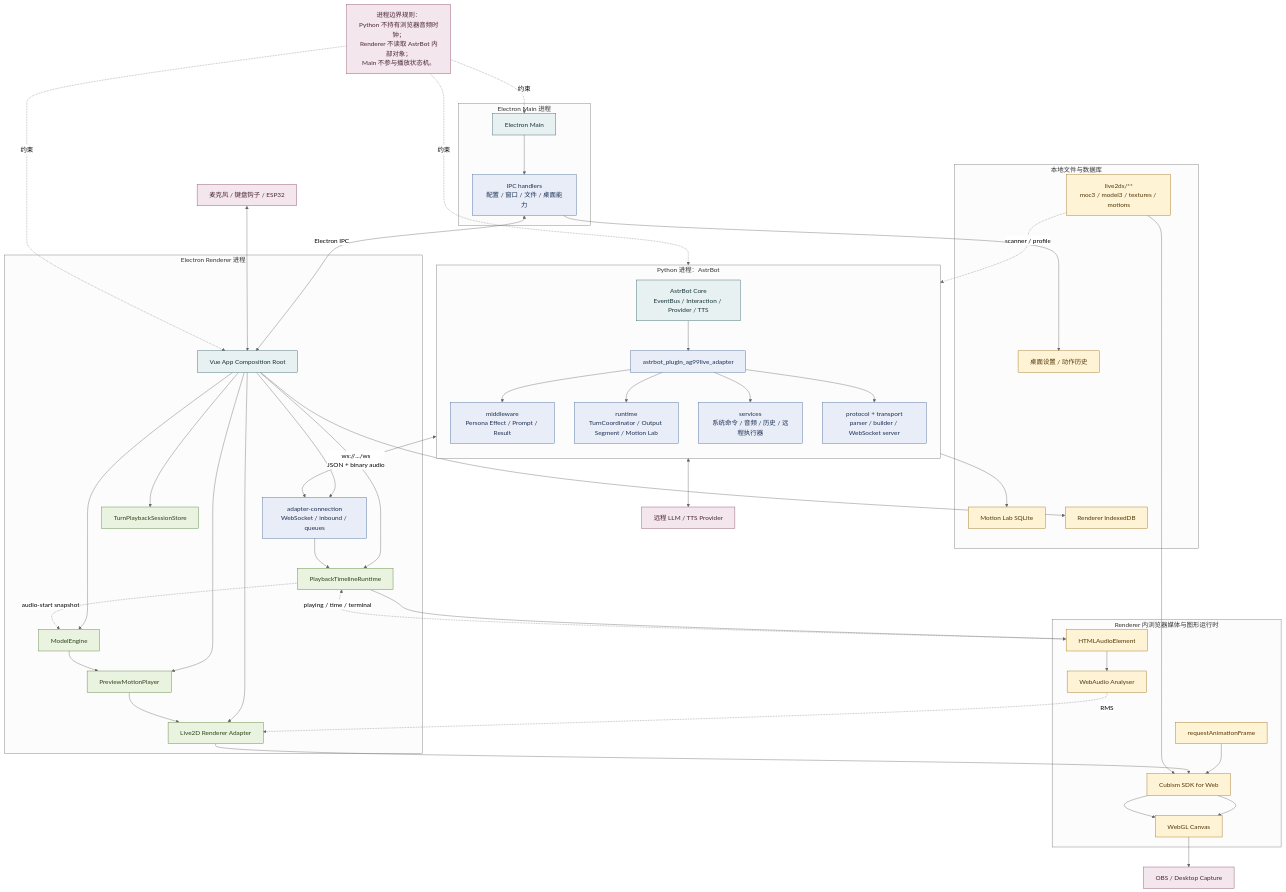
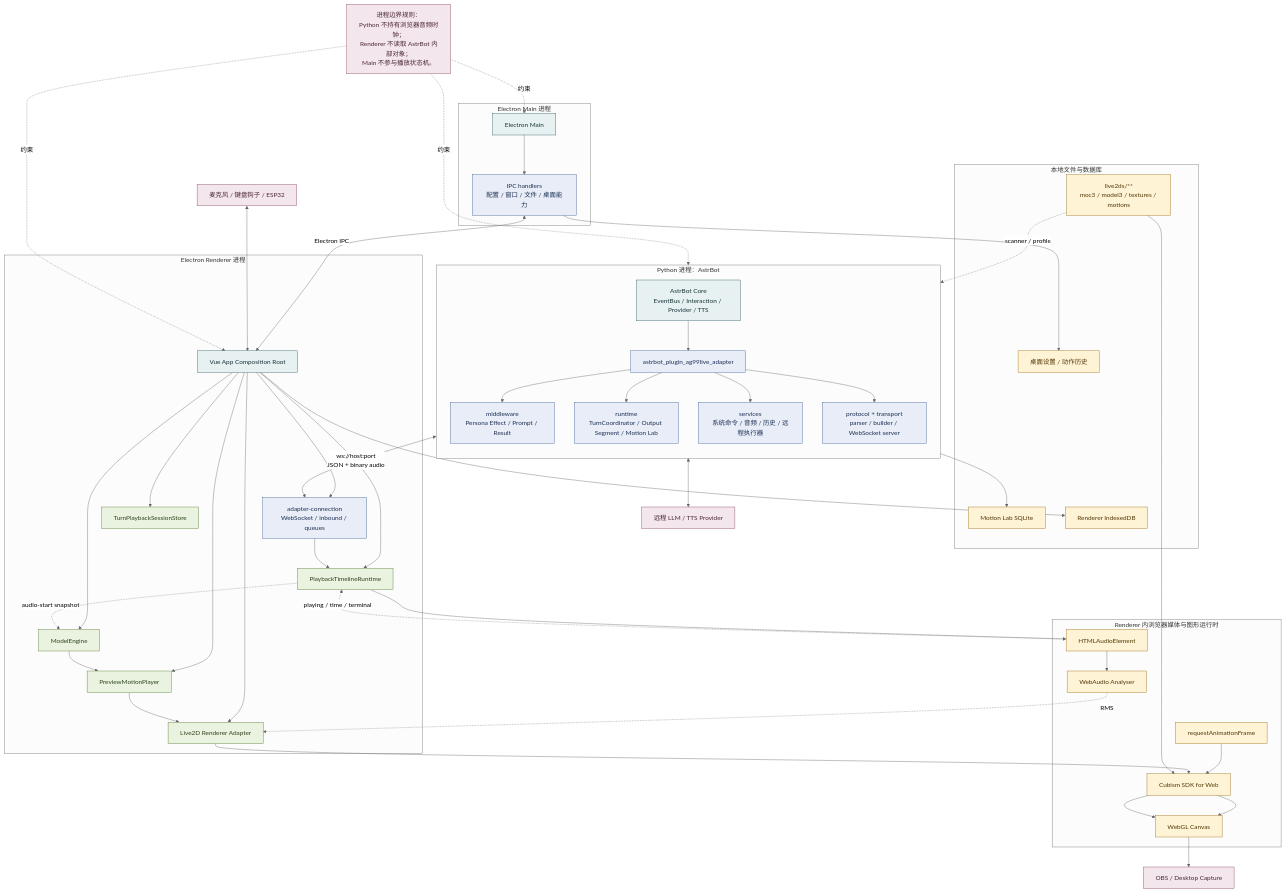
The diagram in docs/04-流程图与分析图/02-部署与进程边界图.mmd (murphys7017/AG99live), drawn with Mermaid (neutral theme) before and after one commit. The commit also changed 50 other files, not shown here.

```diff
--- a/docs/04-流程图与分析图/02-部署与进程边界图.mmd
+++ b/docs/04-流程图与分析图/02-部署与进程边界图.mmd
@@ -1,88 +1,88 @@
 flowchart TB
     classDef process fill:#e8f1f2,stroke:#2f5d62,color:#163438
     classDef module fill:#e8edf7,stroke:#3e5f93,color:#1d3154
     classDef runtime fill:#e9f3df,stroke:#557a35,color:#2e431d
     classDef io fill:#fff3d6,stroke:#9a6b14,color:#513807
     classDef external fill:#f3e6ec,stroke:#8b4865,color:#4b2637
 
     subgraph PY[Python 进程：AstrBot]
         direction TB
         PYCORE[AstrBot Core<br/>EventBus / Interaction / Provider / TTS]:::process
         PLUGIN[astrbot_plugin_ag99live_adapter]:::module
         MW[middleware<br/>Persona Effect / Prompt / Result]:::module
         RT[runtime<br/>TurnCoordinator / Output Segment / Motion Lab]:::module
         SVC[services<br/>系统命令 / 音频 / 历史 / 远程执行器]:::module
         PROTO[protocol + transport<br/>parser / builder / WebSocket server]:::module
         PYCORE --> PLUGIN
         PLUGIN --> MW
         PLUGIN --> RT
         PLUGIN --> SVC
         PLUGIN --> PROTO
     end
 
     subgraph MAIN[Electron Main 进程]
         MAINPROC[Electron Main]:::process
         IPC[IPC handlers<br/>配置 / 窗口 / 文件 / 桌面能力]:::module
         MAINPROC --> IPC
     end
 
     subgraph RENDER[Electron Renderer 进程]
         APP[Vue App Composition Root]:::process
         ADAPTER[adapter-connection<br/>WebSocket / inbound / queues]:::module
         STORE[TurnPlaybackSessionStore]:::runtime
         TL[PlaybackTimelineRuntime]:::runtime
         ENGINE[ModelEngine]:::runtime
         PLAYER[PreviewMotionPlayer]:::runtime
         L2D[Live2D Renderer Adapter]:::runtime
         APP --> ADAPTER
         APP --> STORE
         APP --> TL
         APP --> ENGINE
         APP --> PLAYER
         APP --> L2D
     end
 
     subgraph BROWSER[Renderer 内浏览器媒体与图形运行时]
         MEDIA[HTMLAudioElement]:::io
         WEBAUDIO[WebAudio Analyser]:::io
         WEBGL[WebGL Canvas]:::io
         CUBISM[Cubism SDK for Web]:::io
         RAF[requestAnimationFrame]:::io
         MEDIA --> WEBAUDIO
         CUBISM --> WEBGL
         RAF --> CUBISM
     end
 
     subgraph FS[本地文件与数据库]
         MODELS[live2ds/**<br/>moc3 / model3 / textures / motions]:::io
         DB[Motion Lab SQLite]:::io
         IDB[Renderer IndexedDB]:::io
         SETTINGS[桌面设置 / 动作历史]:::io
     end
 
     PROVIDERS[远程 LLM / TTS Provider]:::external
     OBS[OBS / Desktop Capture]:::external
     DEVICE[麦克风 / 键盘钩子 / ESP32]:::external
 
     PYCORE <--> PROVIDERS
-    PROTO <-->|ws://.../ws<br/>JSON + binary audio| ADAPTER
+    PROTO <-->|ws://host:port<br/>JSON + binary audio| ADAPTER
     IPC <-->|Electron IPC| APP
     ADAPTER --> TL
     TL --> MEDIA
     MEDIA -.playing / time / terminal.-> TL
     WEBAUDIO -.RMS.-> L2D
     ENGINE --> PLAYER --> L2D --> CUBISM
     TL -.audio-start snapshot.-> ENGINE
     CUBISM --> WEBGL --> OBS
 
     MODELS --> CUBISM
     MODELS -.scanner / profile.-> PLUGIN
     RT --> DB
     APP --> IDB
     IPC --> SETTINGS
     DEVICE <--> APP
 
     note1[进程边界规则：<br/>Python 不持有浏览器音频时钟；<br/>Renderer 不读取 AstrBot 内部对象；<br/>Main 不参与播放状态机。]:::external
     note1 -.约束.-> PYCORE
     note1 -.约束.-> APP
     note1 -.约束.-> MAINPROC
```
